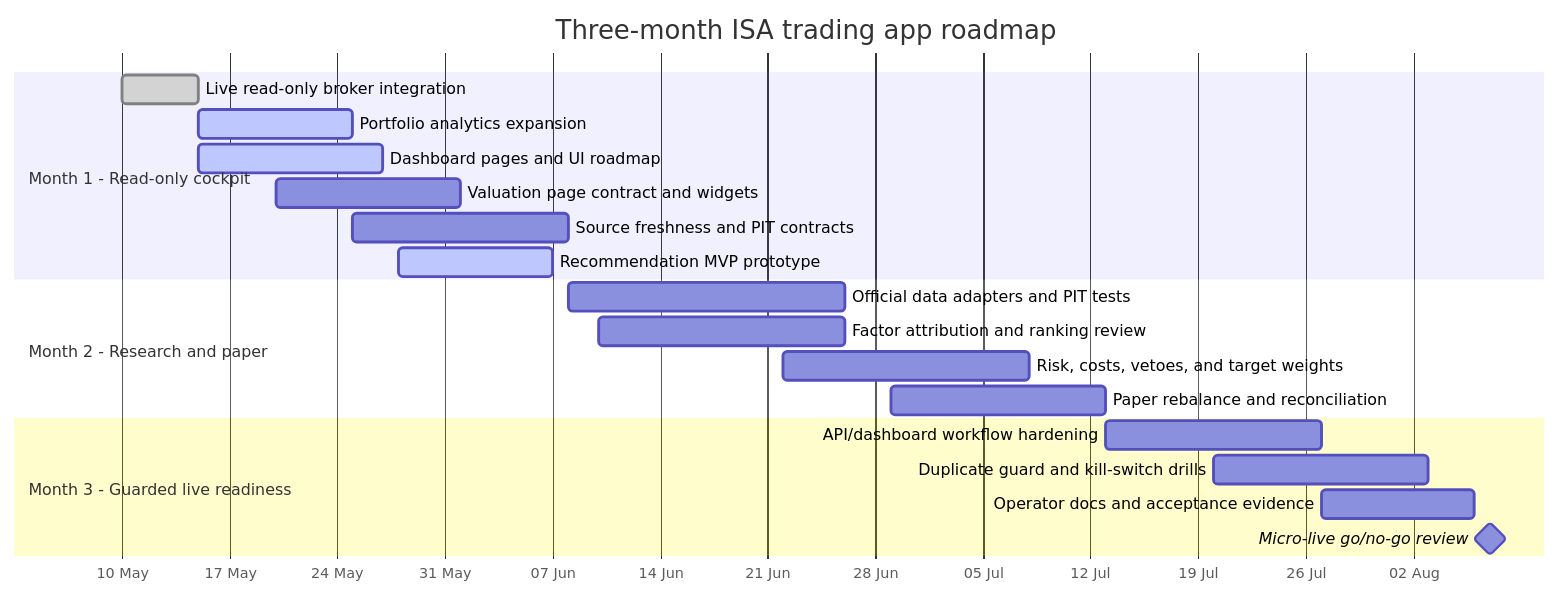
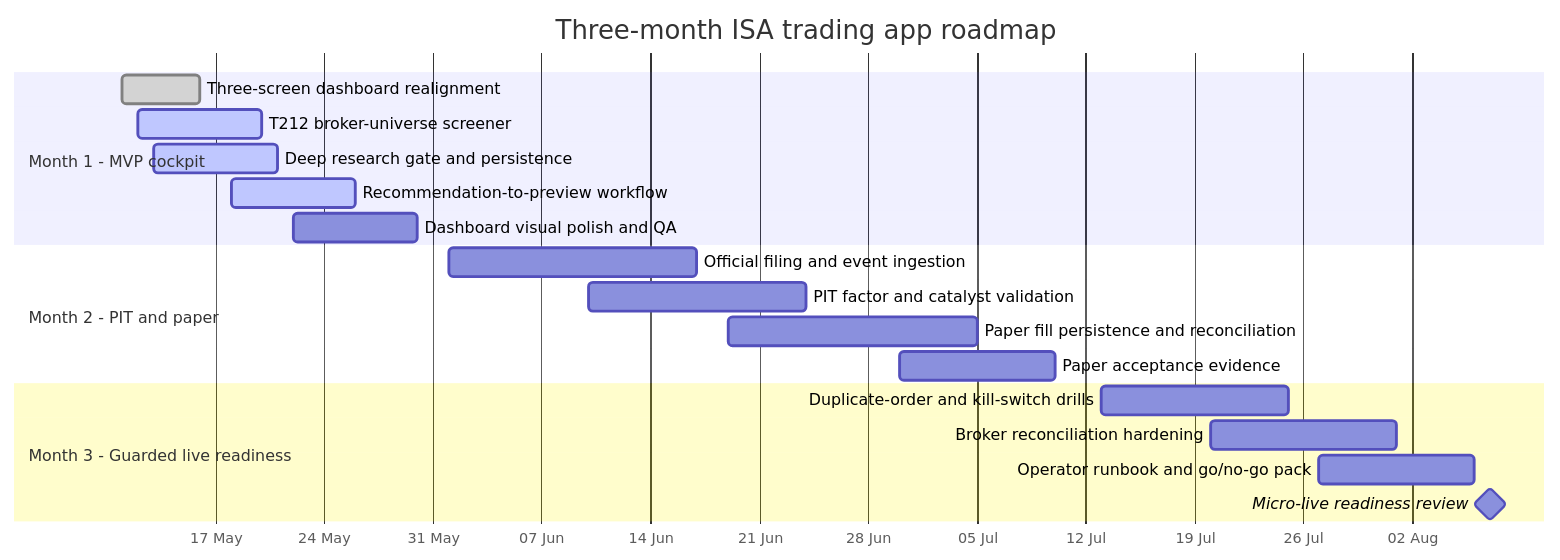
The diagram in docs/roadmap.md (danielcoakley/t212), drawn with Mermaid before and after one commit. The commit also changed other lines of this file and 31 other files, not shown here.

Commit message:
Implement MVP research gate workflow

````diff
--- a/docs/roadmap.md
+++ b/docs/roadmap.md
@@ -77,26 +81,25 @@
 ```mermaid
 gantt
     title Three-month ISA trading app roadmap
     dateFormat  YYYY-MM-DD
     axisFormat  %d %b
 
-    section Month 1 - Read-only cockpit
-    Live read-only broker integration       :done, m1a, 2026-05-10, 5d
-    Portfolio analytics expansion           :active, m1b, 2026-05-15, 10d
-    Dashboard pages and UI roadmap          :active, m1c, 2026-05-15, 12d
-    Valuation page contract and widgets     :m1d, 2026-05-20, 12d
-    Source freshness and PIT contracts      :m1e, 2026-05-25, 14d
-    Recommendation MVP prototype            :active, m1f, 2026-05-28, 10d
+    section Month 1 - MVP cockpit
+    Three-screen dashboard realignment       :done, m1a, 2026-05-11, 5d
+    T212 broker-universe screener            :active, m1b, 2026-05-12, 8d
+    Deep research gate and persistence       :active, m1c, 2026-05-13, 8d
+    Recommendation-to-preview workflow       :active, m1d, 2026-05-18, 8d
+    Dashboard visual polish and QA           :m1e, 2026-05-22, 8d
 
-    section Month 2 - Research and paper
-    Official data adapters and PIT tests    :m2a, 2026-06-08, 18d
-    Factor attribution and ranking review   :m2b, 2026-06-10, 16d
-    Risk, costs, vetoes, and target weights :m2c, 2026-06-22, 16d
-    Paper rebalance and reconciliation      :m2d, 2026-06-29, 14d
+    section Month 2 - PIT and paper
+    Official filing and event ingestion      :m2a, 2026-06-01, 16d
+    PIT factor and catalyst validation       :m2b, 2026-06-10, 14d
+    Paper fill persistence and reconciliation:m2c, 2026-06-19, 16d
+    Paper acceptance evidence                :m2d, 2026-06-30, 10d
 
     section Month 3 - Guarded live readiness
-    API/dashboard workflow hardening        :m3a, 2026-07-13, 14d
-    Duplicate guard and kill-switch drills  :m3b, 2026-07-20, 14d
-    Operator docs and acceptance evidence   :m3c, 2026-07-27, 10d
-    Micro-live go/no-go review              :milestone, m3d, 2026-08-07, 0d
+    Duplicate-order and kill-switch drills   :m3a, 2026-07-13, 12d
+    Broker reconciliation hardening          :m3b, 2026-07-20, 12d
+    Operator runbook and go/no-go pack       :m3c, 2026-07-27, 10d
+    Micro-live readiness review              :milestone, m3d, 2026-08-07, 0d
 ```
````
